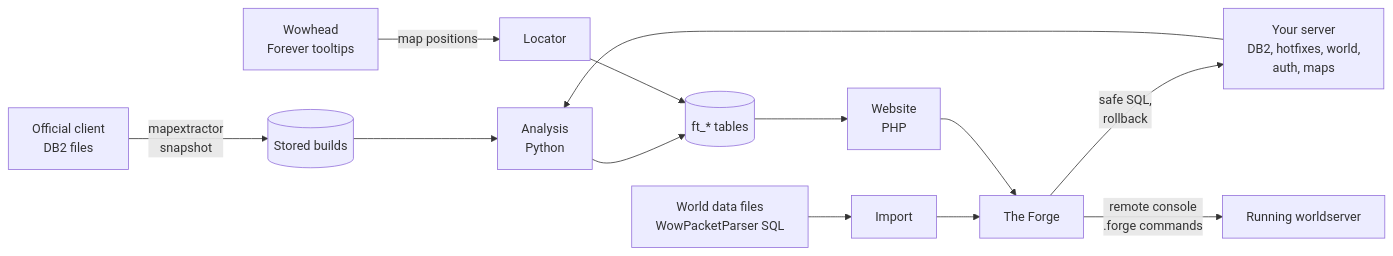
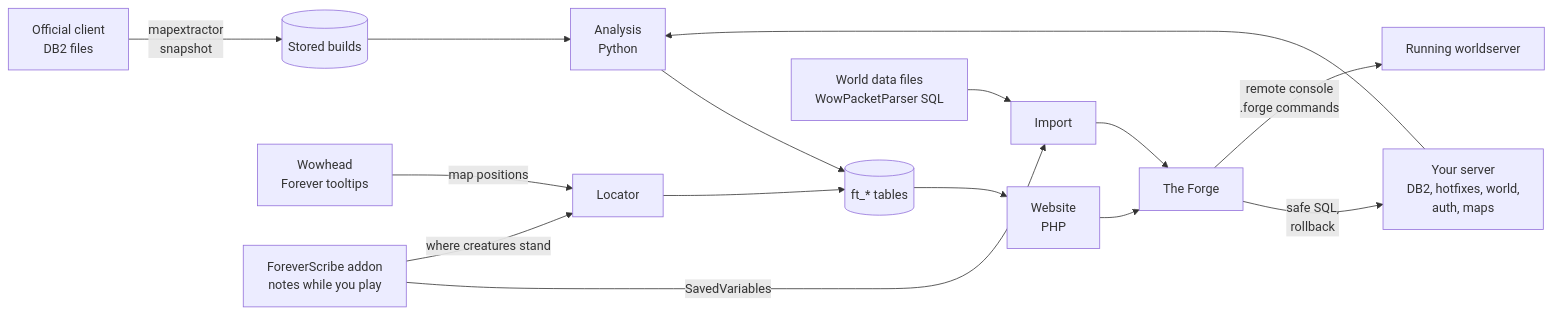
Before and after one commit to filinodz/ForeverTracker: the diagram in README.md, drawn with Mermaid. The commit also changed other lines of this file and 43 other files, not shown here.

First line of the commit message:
ForeverTracker 1.3.0: ForeverScribe addon, vendor fixes

````diff
--- a/README.md
+++ b/README.md
@@ -124,11 +127,13 @@
 ```mermaid
 flowchart LR
     client[Official client<br/>DB2 files] -->|mapextractor<br/>snapshot| builds[(Stored builds)]
     server[Your server<br/>DB2, hotfixes, world,<br/>auth, maps] --> analysis
     builds --> analysis[Analysis<br/>Python]
     analysis --> site[(ft_* tables)] --> web[Website<br/>PHP]
     wowhead[Wowhead<br/>Forever tooltips] -->|map positions| locator[Locator] --> site
-    files[World data files<br/>WowPacketParser SQL] --> imports[Import] --> forge
+    scribe[ForeverScribe addon<br/>notes while you play] -->|SavedVariables| imports[Import]
+    files[World data files<br/>WowPacketParser SQL] --> imports --> forge
+    scribe -->|where creatures stand| locator
     web --> forge[The Forge] -->|safe SQL,<br/>rollback| server
     forge -->|remote console<br/>.forge commands| world[Running worldserver]
 ```
````
